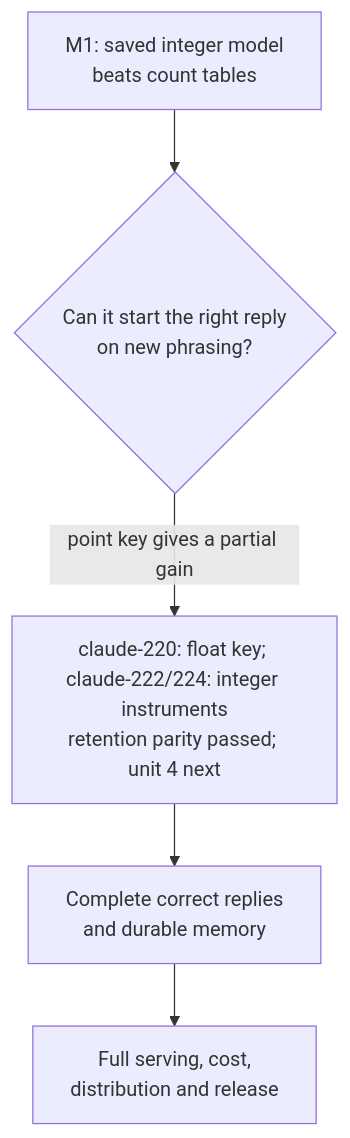
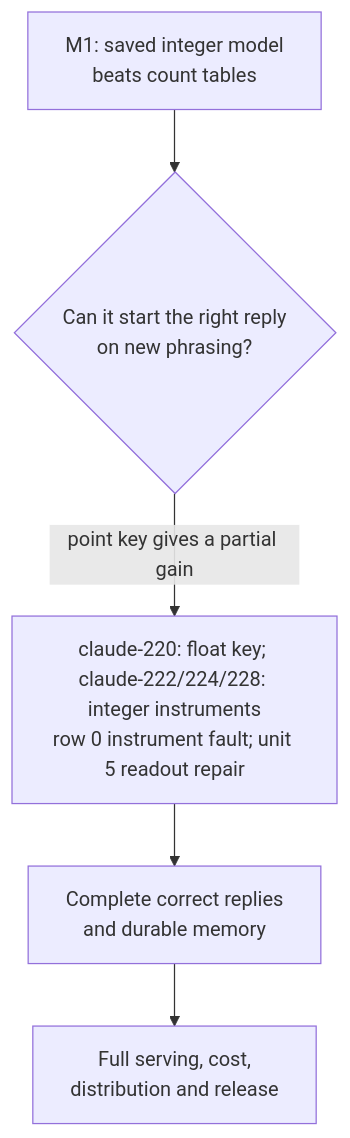
The diagram in docs/research/open-questions.md (UOR-Foundation/uor-r4), drawn with Mermaid before and after one commit. The commit also changed other lines of this file and 34 other files, not shown here.

Commit message:
[kimi] Record the row-0 readout fault

````diff
--- a/docs/research/open-questions.md
+++ b/docs/research/open-questions.md
@@ -8,7 +8,7 @@
 ```mermaid
 flowchart TD
   A["M1: saved integer model<br/>beats count tables"] --> B{"Can it start the right reply<br/>on new phrasing?"}
-  B -- "point key gives a partial gain" --> M["claude-220: float key; claude-222/224: integer instruments<br/>retention parity passed; unit 4 next"]
+  B -- "point key gives a partial gain" --> M["claude-220: float key; claude-222/224/228: integer instruments<br/>row 0 instrument fault; unit 5 readout repair"]
   M --> R["Complete correct replies<br/>and durable memory"]
   R --> S["Full serving, cost,<br/>distribution and release"]
 ```
````
